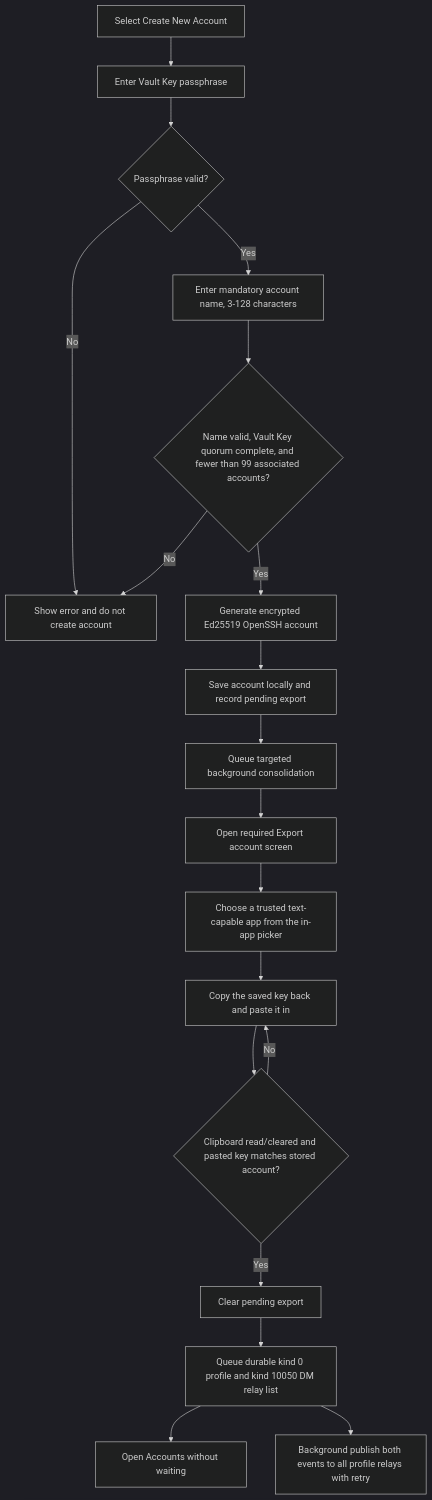
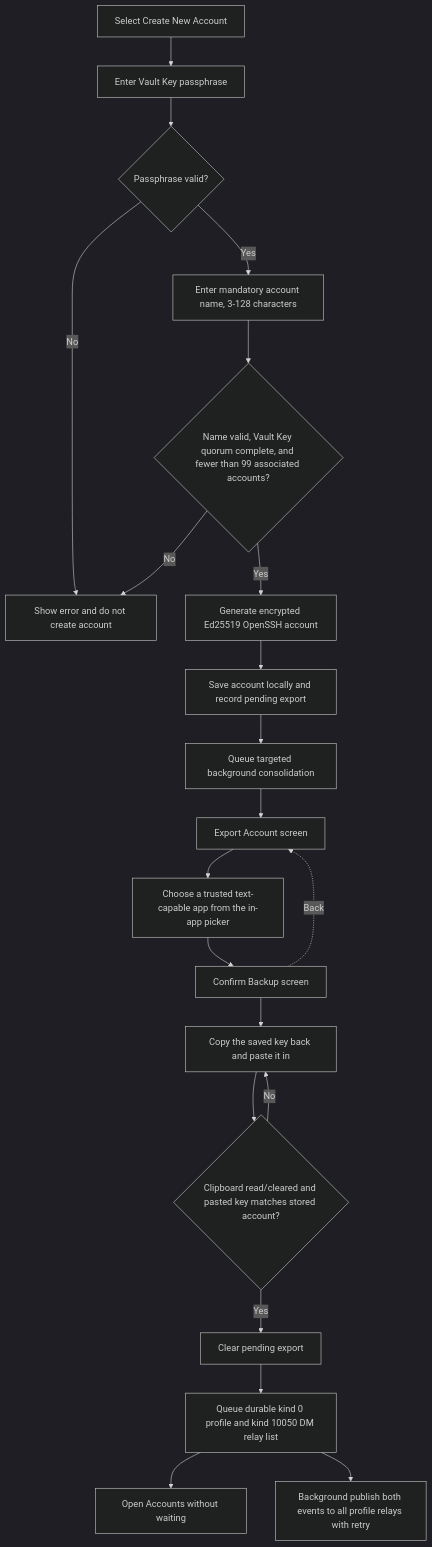
One commit to ZenTenApp/vault-kotlin changed the third of 8 diagrams in docs/stakeholder/flowcharts.md. Above: the diagram before and after it, drawn with Mermaid (dark theme). The commit also changed other lines of this file and 21 other files, not shown here.

Commit message:
feat(ui): unify screen headers and split account backup flow

````diff
--- a/docs/stakeholder/flowcharts.md
+++ b/docs/stakeholder/flowcharts.md
@@ -125,21 +127,23 @@
 ```mermaid
 flowchart TD
     Add["Select Create New Account"] --> EnterPassphrase["Enter Vault Key passphrase"]
     EnterPassphrase --> Verify{"Passphrase valid?"}
     Verify -->|No| Rejected["Show error and do not create account"]
     Verify -->|Yes| EnterName["Enter mandatory account name, 3-128 characters"]
     EnterName --> Check{"Name valid, Vault Key quorum complete, and fewer than 99 associated accounts?"}
     Check -->|No| Rejected
     Check -->|Yes| Generate["Generate encrypted Ed25519 OpenSSH account"]
     Generate --> Save["Save account locally and record pending export"]
     Save --> Queue["Queue targeted background consolidation"]
-    Queue --> Export["Open required Export account screen"]
+    Queue --> Export["Export Account screen"]
     Export --> Choose["Choose a trusted text-capable app from the in-app picker"]
-    Choose --> Paste["Copy the saved key back and paste it in"]
+    Choose --> ConfirmBackup["Confirm Backup screen"]
+    ConfirmBackup --> Paste["Copy the saved key back and paste it in"]
+    ConfirmBackup -.->|Back| Export
     Paste --> Confirm{"Clipboard read/cleared and pasted key matches stored account?"}
     Confirm -->|No| Paste
     Confirm -->|Yes| Clear["Clear pending export"]
     Clear --> QueueProfile["Queue durable kind 0 profile and kind 10050 DM relay list"]
     QueueProfile --> Accounts["Open Accounts without waiting"]
     QueueProfile --> ProfileWorker["Background publish both events to all profile relays with retry"]
 ```
````
